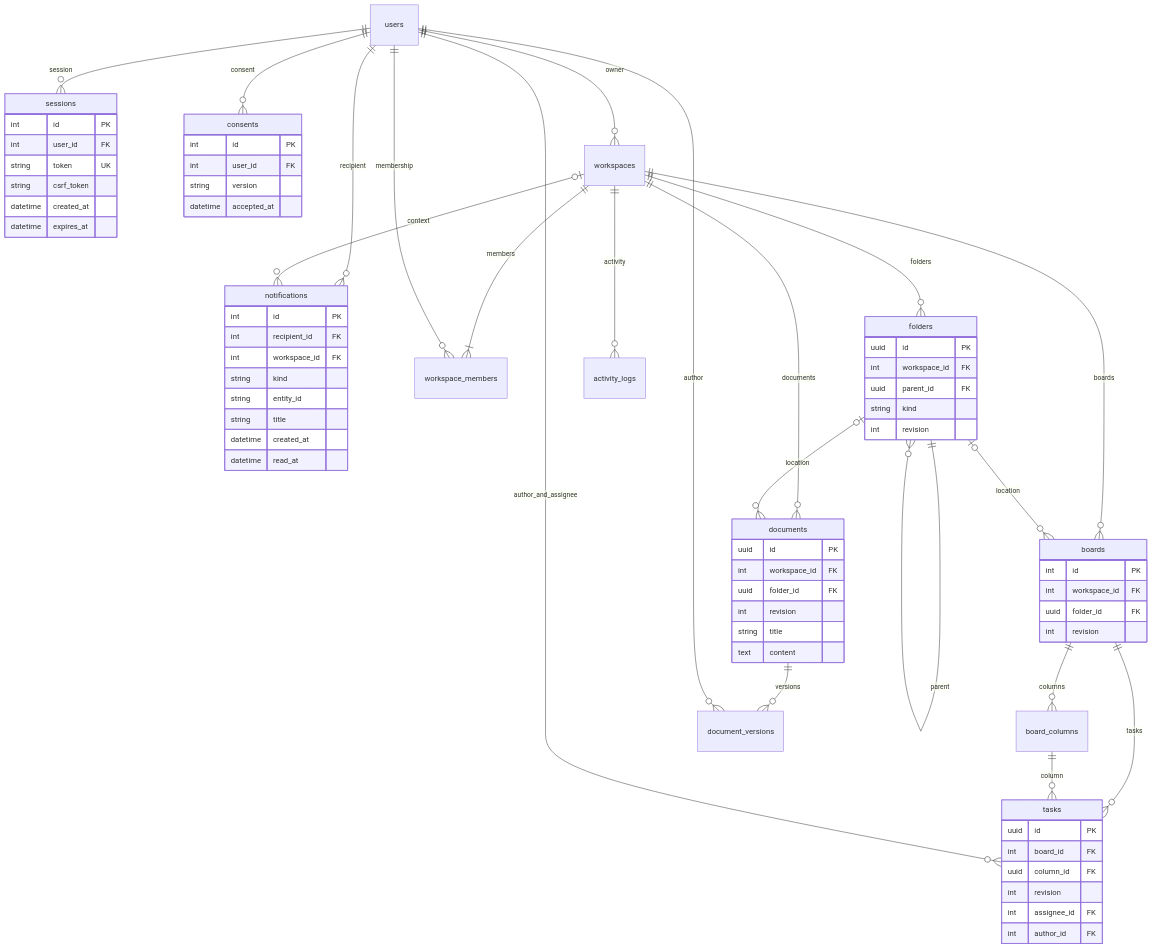
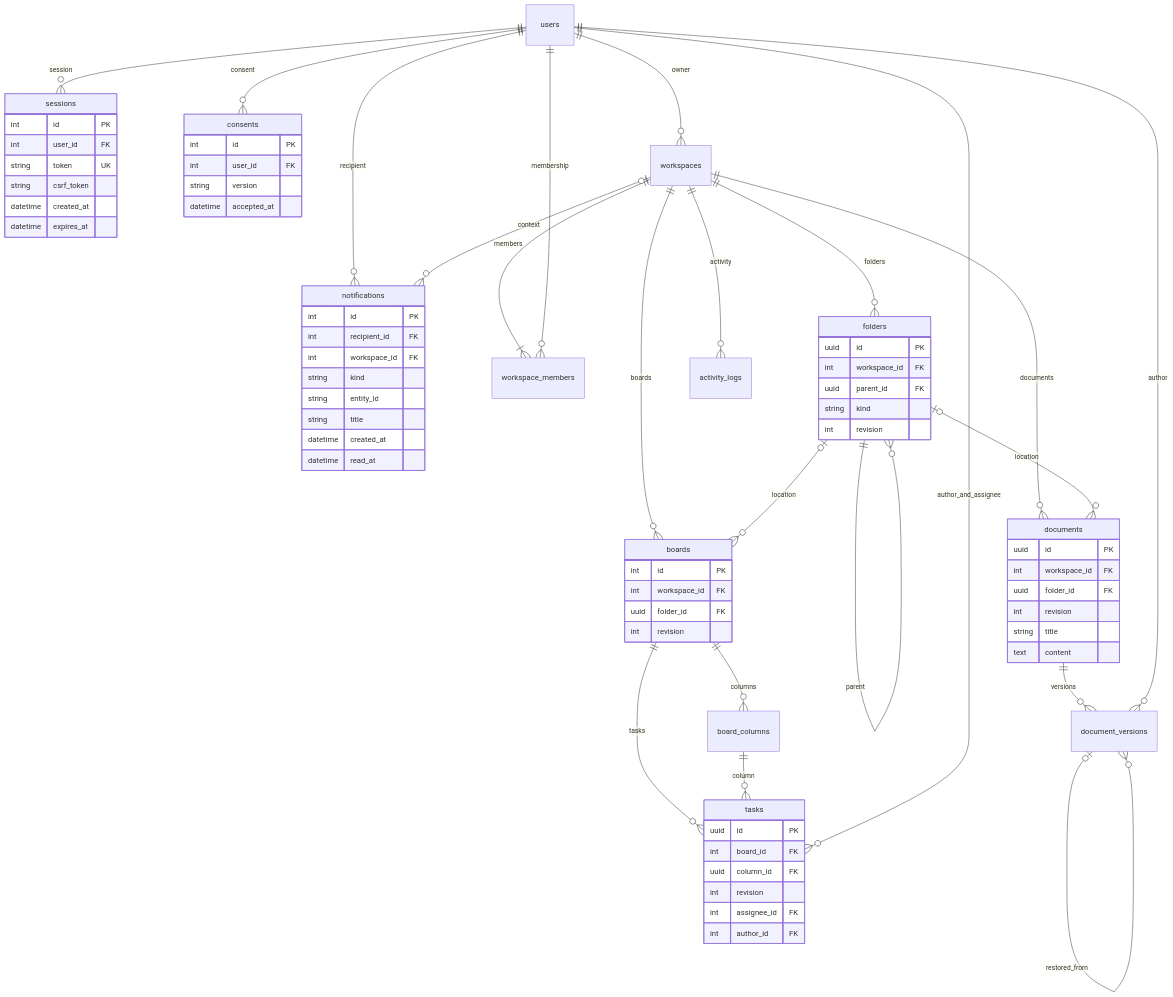
Before and after one commit to MaksMoroz11/ethereal-notes: the diagram in docs/database.md, drawn with Mermaid. The commit also changed other lines of this file and 25 other files, not shown here.

Commit message:
fix: prevent duplicate sessions and preserve restored versions

````diff
--- a/docs/database.md
+++ b/docs/database.md
@@ -7,76 +7,77 @@
 ```mermaid
 erDiagram
     users ||--o{ sessions : session
     users ||--o{ consents : consent
     users ||--o{ notifications : recipient
     users ||--o{ workspaces : owner
     workspaces ||--|{ workspace_members : members
     users ||--o{ workspace_members : membership
     workspaces ||--o{ folders : folders
     folders ||--o{ folders : parent
     workspaces ||--o{ boards : boards
     folders o|--o{ boards : location
     boards ||--o{ board_columns : columns
     boards ||--o{ tasks : tasks
     board_columns ||--o{ tasks : column
     users ||--o{ tasks : author_and_assignee
     workspaces ||--o{ documents : documents
     folders o|--o{ documents : location
     documents ||--o{ document_versions : versions
     users ||--o{ document_versions : author
+    document_versions o|--o{ document_versions : restored_from
     workspaces ||--o{ activity_logs : activity
     workspaces o|--o{ notifications : context
     sessions {
         int id PK
         int user_id FK
         string token UK
         string csrf_token
         datetime created_at
         datetime expires_at
     }
     consents {
         int id PK
         int user_id FK
         string version
         datetime accepted_at
     }
     notifications {
         int id PK
         int recipient_id FK
         int workspace_id FK
         string kind
         string entity_id
         string title
         datetime created_at
         datetime read_at
     }
     tasks {
         uuid id PK
         int board_id FK
         uuid column_id FK
         int revision
         int assignee_id FK
         int author_id FK
     }
     documents {
         uuid id PK
         int workspace_id FK
         uuid folder_id FK
         int revision
         string title
         text content
     }
     boards {
         int id PK
         int workspace_id FK
         uuid folder_id FK
         int revision
     }
     folders {
         uuid id PK
         int workspace_id FK
         uuid parent_id FK
         string kind
         int revision
     }
 ```
````
